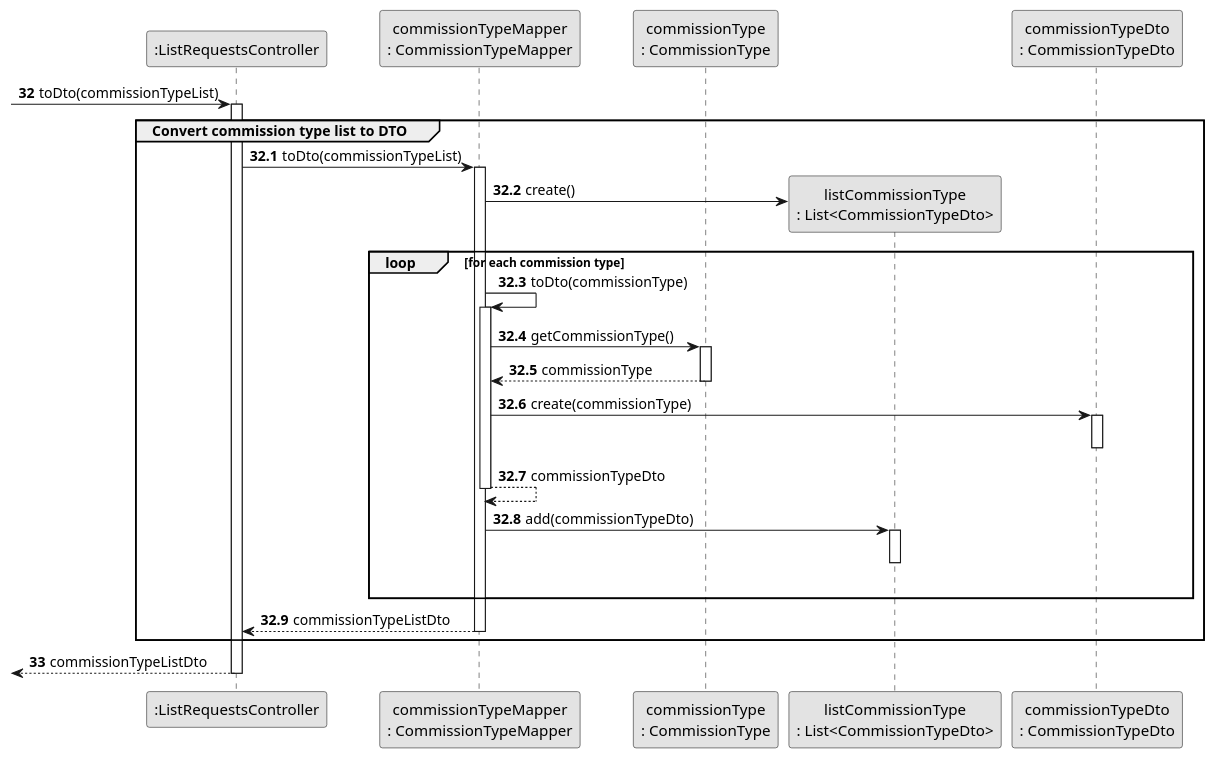
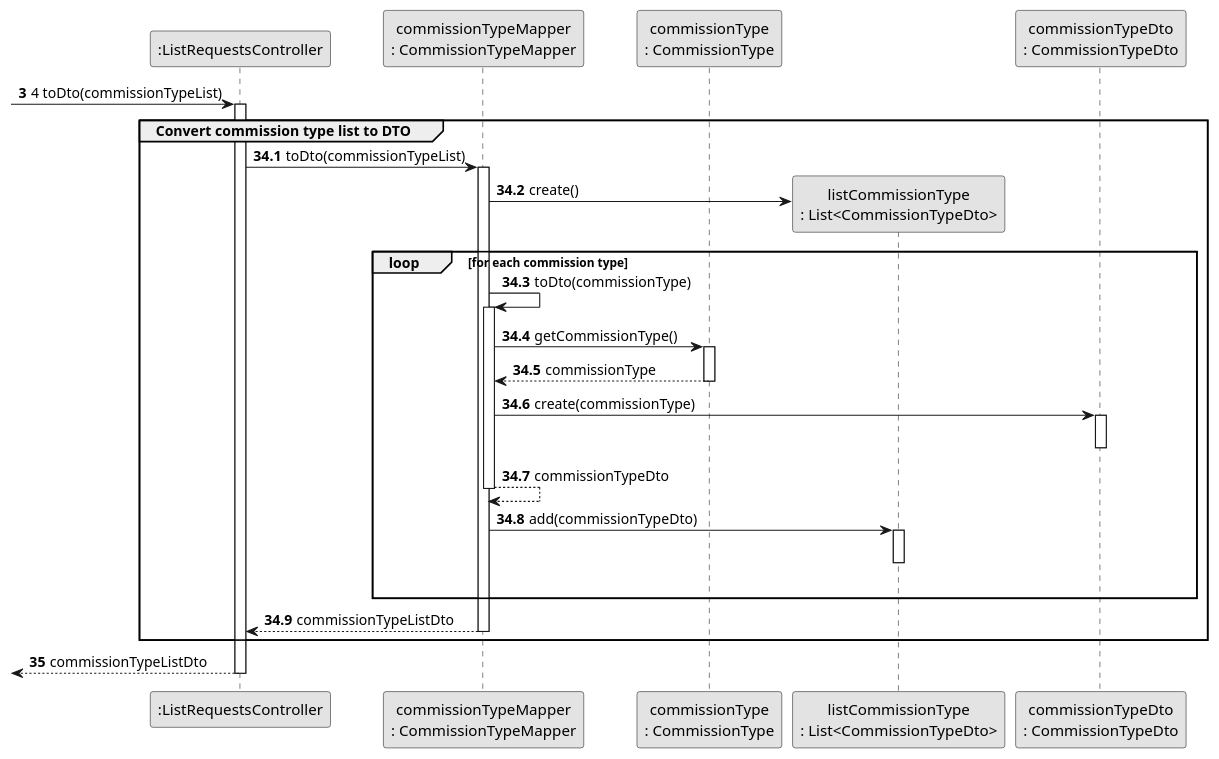
One commit to rita-barbosa/LAPR2-2223 changed the diagram in docs/sprintD/us008/03.design/puml/us008-sequence-diagram-partial-convert-commission-type-list-to-DTO.puml. Above: the diagram before and after it, drawn with PlantUML. The commit also changed 17 other files, not shown here.

Commit message:
Update Sequence Diagram (split & partials) & Class Diagram + SVG's [US008][Design]

```diff
--- a/docs/sprintD/us008/03.design/puml/us008-sequence-diagram-partial-convert-commission-type-list-to-DTO.puml
+++ b/docs/sprintD/us008/03.design/puml/us008-sequence-diagram-partial-convert-commission-type-list-to-DTO.puml
@@ -1,62 +1,62 @@
 @startuml
 skinparam monochrome true
 skinparam packageStyle rectangle
 skinparam shadowing false
 
 
 participant ":ListRequestsController" as CTRL
 participant "commissionTypeMapper\n: CommissionTypeMapper" as ComTypeMapper
 participant "commissionType\n: CommissionType" as ComType
 participant "listCommissionType\n: List<CommissionTypeDto>" as ComTypeList
 participant "commissionTypeDto\n: CommissionTypeDto" as ComTypeDto
 
-autonumber 32
-    -> CTRL: toDto(commissionTypeList)
+autonumber 3
+    -> CTRL:4 toDto(commissionTypeList)
     activate CTRL
 
 group Convert commission type list to DTO
 
-autonumber 32.1
+autonumber 34.1
 
 
     CTRL -> ComTypeMapper : toDto(commissionTypeList)
     activate ComTypeMapper
 
     ComTypeMapper -> ComTypeList** : create()
 
 
  loop for each commission type
 
  ComTypeMapper -> ComTypeMapper : toDto(commissionType)
  activate ComTypeMapper
 
 
     ComTypeMapper -> ComType : getCommissionType()
     activate ComType
 
     ComType --> ComTypeMapper : commissionType
     deactivate ComType
 
     ComTypeMapper -> ComTypeDto : create(commissionType)
     activate ComTypeDto
     deactivate ComTypeDto
 
  ComTypeMapper --> ComTypeMapper : commissionTypeDto
  deactivate ComTypeMapper
 
  ComTypeMapper -> ComTypeList : add(commissionTypeDto)
  activate ComTypeList
  deactivate ComTypeList
  |||
 
 end loop
     ComTypeMapper --> CTRL : commissionTypeListDto
     deactivate ComTypeMapper
 
 
 end group
-autonumber 33
+autonumber 35
      <-- CTRL: commissionTypeListDto
      deactivate CTRL
 
 @enduml
```
